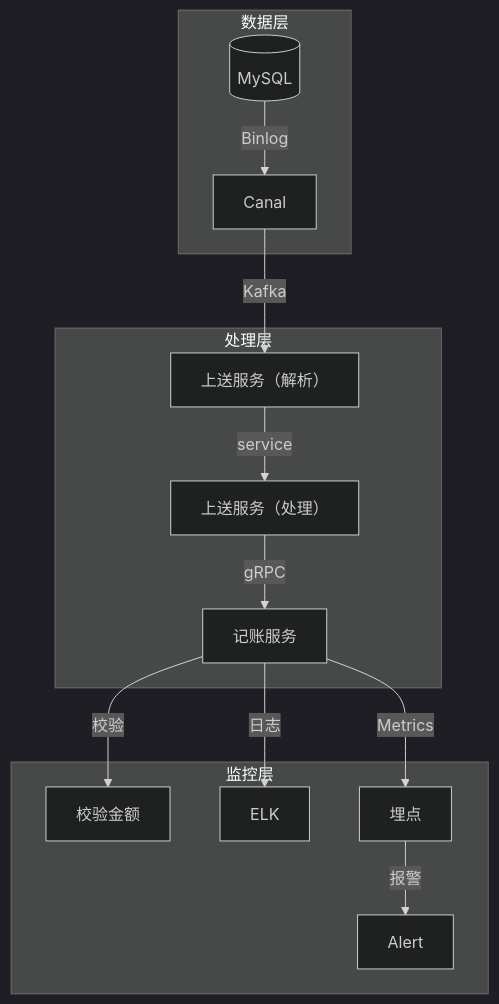
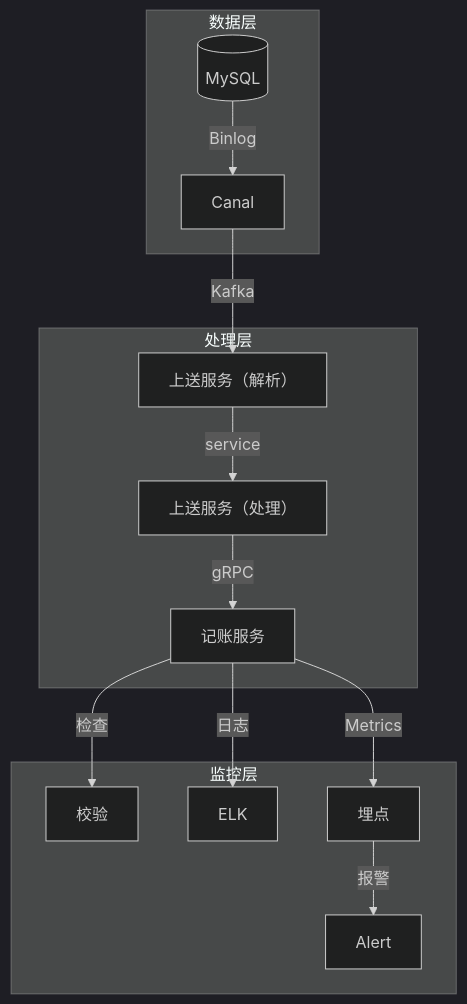
Before and after one commit to 87828943/iodraw-files: the diagram in all/未命名.md, drawn with Mermaid (dark theme).

Commit message:
2025-07-01 10:46:49 update

````diff
--- a/all/未命名.md
+++ b/all/未命名.md
@@ -1,17 +1,17 @@
 ```mermaid
 graph TB
     subgraph 数据层
         DB[(MySQL)] -->|Binlog| Canal
     end
     subgraph 处理层
         Canal -->|Kafka| Parser[上送服务（解析）]
         Parser -->|service| Engine[上送服务（处理）]
         Engine -->|gRPC| Accounting[记账服务]
     end
     subgraph 监控层
-        Accounting --> |校验|jiaoyan[校验金额]
+        Accounting --> |检查|jiaoyan[校验]
         Accounting -->|日志| ELK
         Accounting -->|Metrics| 埋点
         埋点 -->|报警| Alert
     end
 ```
````
